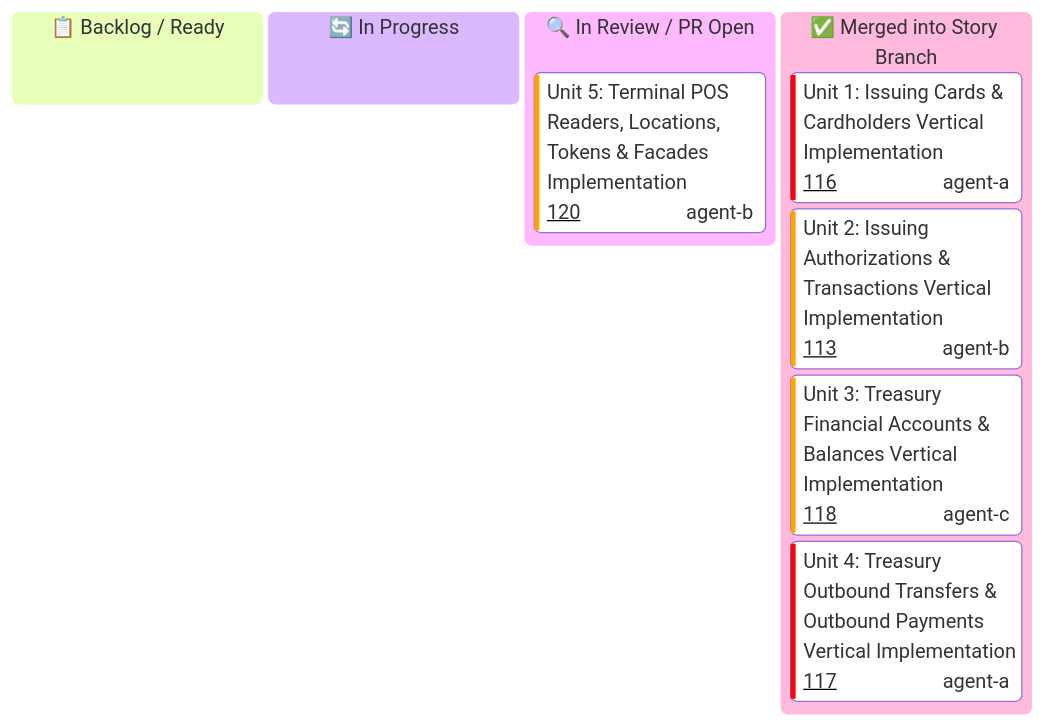
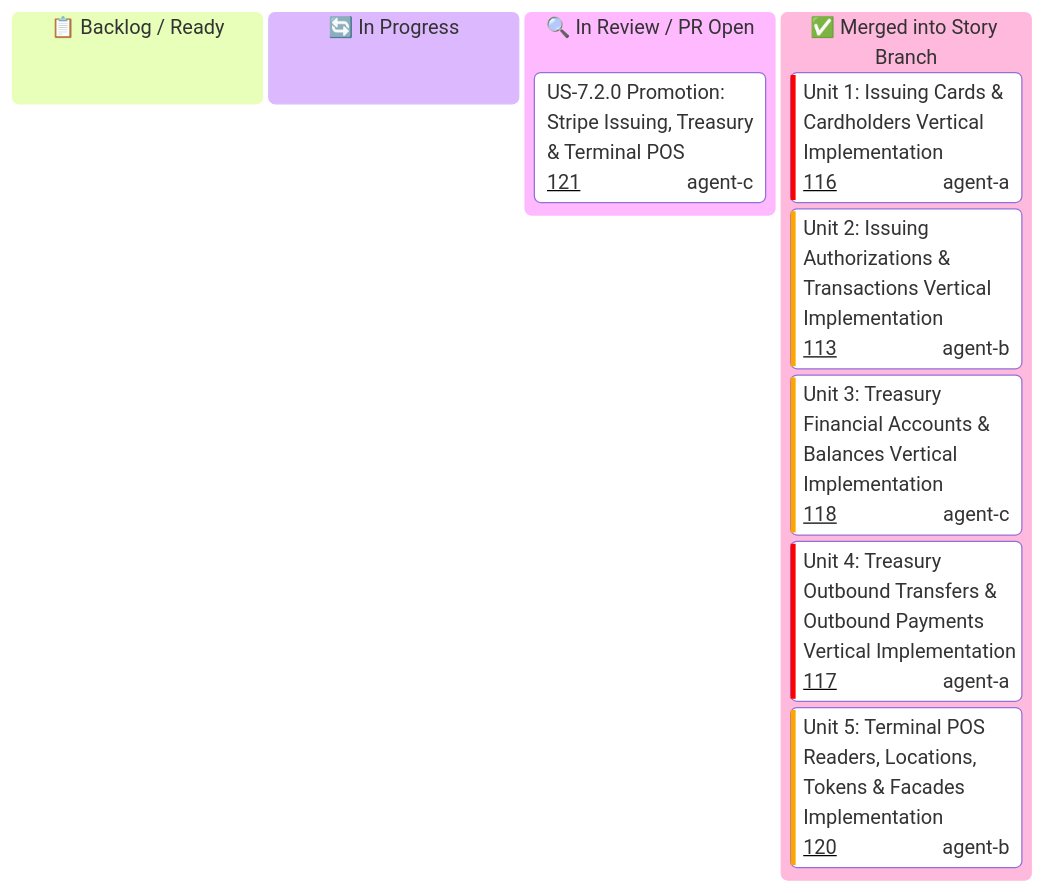
The diagram in docs/user-stories/module-7-specialized-product-namespaces/US-7.2.0-KANBAN.md (some-of-cs/some-stripe), drawn with Mermaid before and after one commit. The commit also changed other lines of this file and 1 other file, not shown here.

````diff
--- a/docs/user-stories/module-7-specialized-product-namespaces/US-7.2.0-KANBAN.md
+++ b/docs/user-stories/module-7-specialized-product-namespaces/US-7.2.0-KANBAN.md
@@ -16,17 +16,18 @@
 ```mermaid
 ---
 config:
   kanban:
     ticketBaseUrl: 'https://github.com/some-of-cs/some-stripe/pull/#TICKET#'
 ---
 kanban
   todo[📋 Backlog / Ready]
   in_progress[🔄 In Progress]
   in_review[🔍 In Review / PR Open]
-    u5[Unit 5: Terminal POS Readers, Locations, Tokens & Facades Implementation]@{ ticket: '120', assigned: 'agent-b', priority: 'High' }
+    us72_promotion[US-7.2.0 Promotion: Stripe Issuing, Treasury & Terminal POS]@{ ticket: '121', assigned: 'agent-c', priority: 'Critical' }
   done[✅ Merged into Story Branch]
     u1[Unit 1: Issuing Cards & Cardholders Vertical Implementation]@{ ticket: '116', assigned: 'agent-a', priority: 'Very High' }
     u2[Unit 2: Issuing Authorizations & Transactions Vertical Implementation]@{ ticket: '113', assigned: 'agent-b', priority: 'High' }
     u3[Unit 3: Treasury Financial Accounts & Balances Vertical Implementation]@{ ticket: '118', assigned: 'agent-c', priority: 'High' }
     u4[Unit 4: Treasury Outbound Transfers & Outbound Payments Vertical Implementation]@{ ticket: '117', assigned: 'agent-a', priority: 'Very High' }
+    u5[Unit 5: Terminal POS Readers, Locations, Tokens & Facades Implementation]@{ ticket: '120', assigned: 'agent-b', priority: 'High' }
 ```
````
